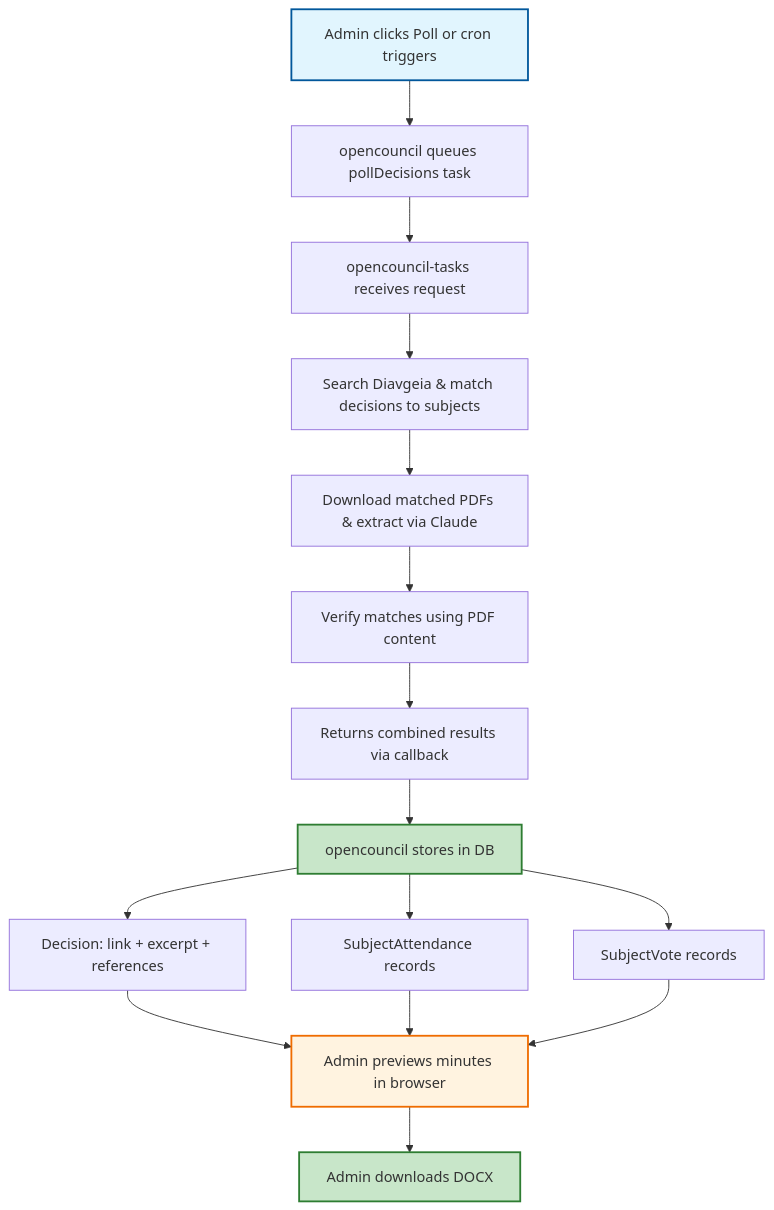
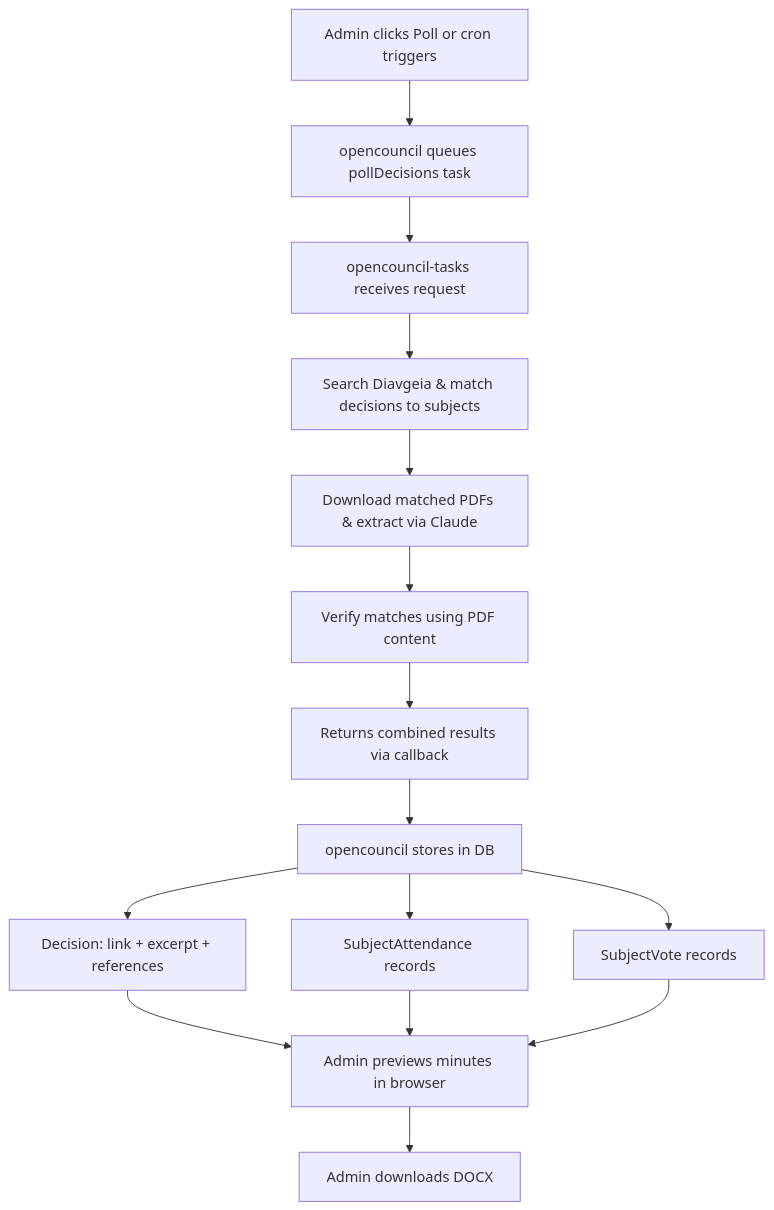
Before and after one commit to schemalabz/opencouncil: the diagram in docs/guides/meeting-minutes.md, drawn with Mermaid. The commit also changed other lines of this file, not shown here.

````diff
--- a/docs/guides/meeting-minutes.md
+++ b/docs/guides/meeting-minutes.md
@@ -67,25 +18,20 @@
 ```mermaid
 flowchart TD
     A[Admin clicks Poll or cron triggers] --> B[opencouncil queues pollDecisions task]
     B --> C[opencouncil-tasks receives request]
     C --> D[Search Diavgeia & match decisions to subjects]
     D --> E[Download matched PDFs & extract via Claude]
     E --> F[Verify matches using PDF content]
     F --> G[Returns combined results via callback]
     G --> H[opencouncil stores in DB]
 
     H --> I[Decision: link + excerpt + references]
     H --> J[SubjectAttendance records]
     H --> K[SubjectVote records]
 
     I --> L[Admin previews minutes in browser]
     J --> L
     K --> L
 
     L --> M[Admin downloads DOCX]
-
-    style A fill:#e1f5fe,stroke:#01579b,stroke-width:2px
-    style H fill:#c8e6c9,stroke:#2e7d32,stroke-width:2px
-    style L fill:#fff3e0,stroke:#ef6c00,stroke-width:2px
-    style M fill:#c8e6c9,stroke:#2e7d32,stroke-width:2px
 ```
````
